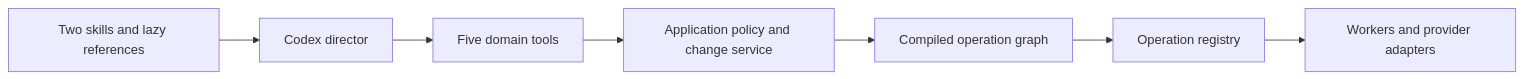
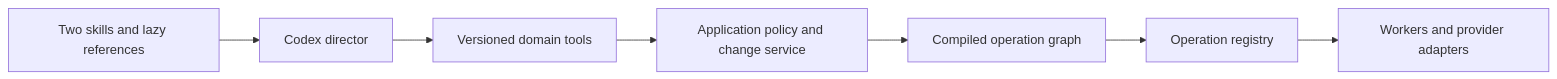
One commit to Michael-Ma/OpenSlate changed the first of 2 diagrams in docs/design/SKILLS-AND-TOOLS.md. Above: the diagram before and after it, drawn with Mermaid. The commit also changed other lines of this file and 80 other files, not shown here.

````diff
--- a/docs/design/SKILLS-AND-TOOLS.md
+++ b/docs/design/SKILLS-AND-TOOLS.md
@@ -12,9 +12,9 @@
 ```mermaid
 flowchart LR
     Skills[Two skills and lazy references] --> Director[Codex director]
-    Director --> Tools[Five domain tools]
+    Director --> Tools[Versioned domain tools]
     Tools --> App[Application policy and change service]
     App --> Plan[Compiled operation graph]
     Plan --> Registry[Operation registry]
     Registry --> Workers[Workers and provider adapters]
 ```
````
